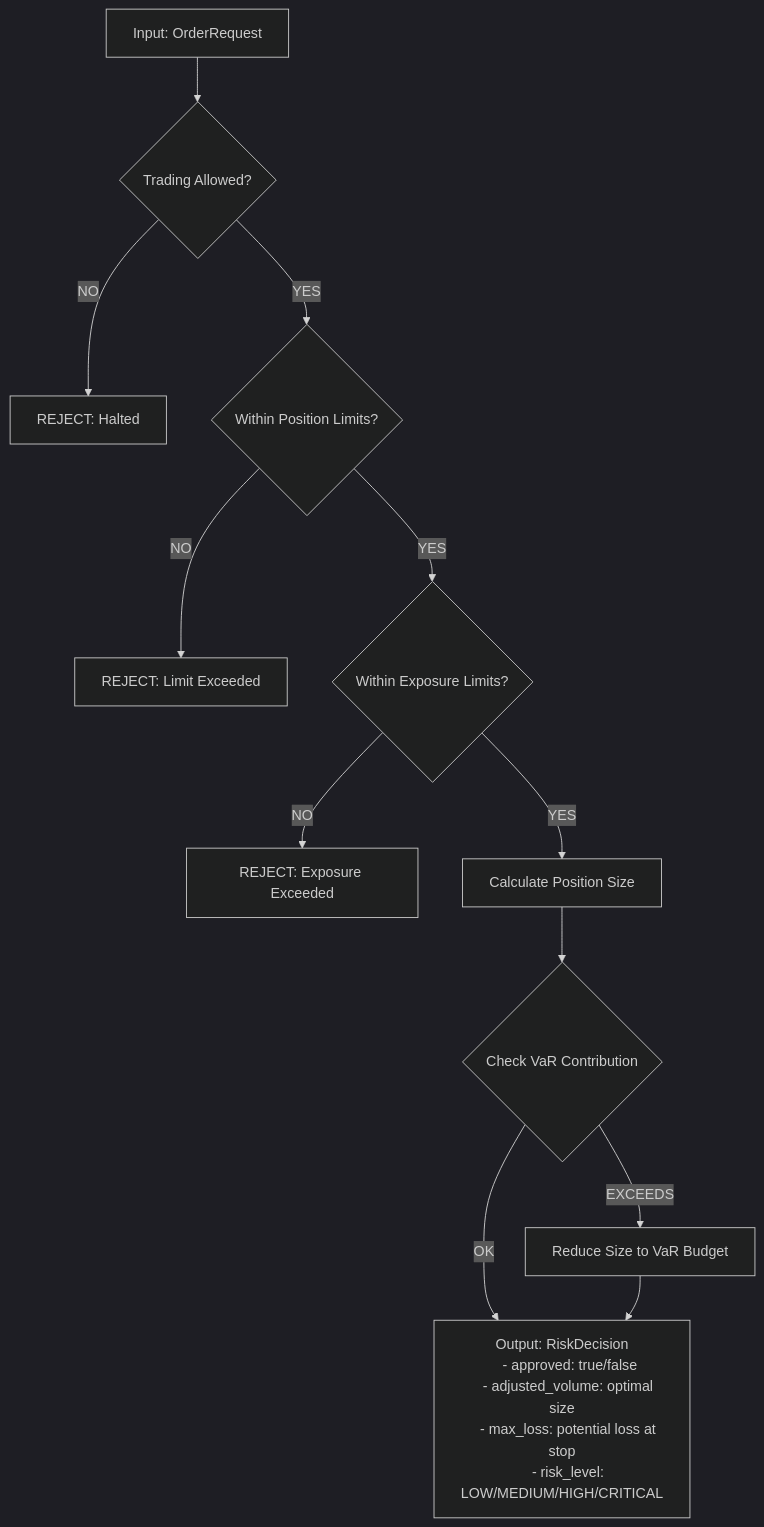
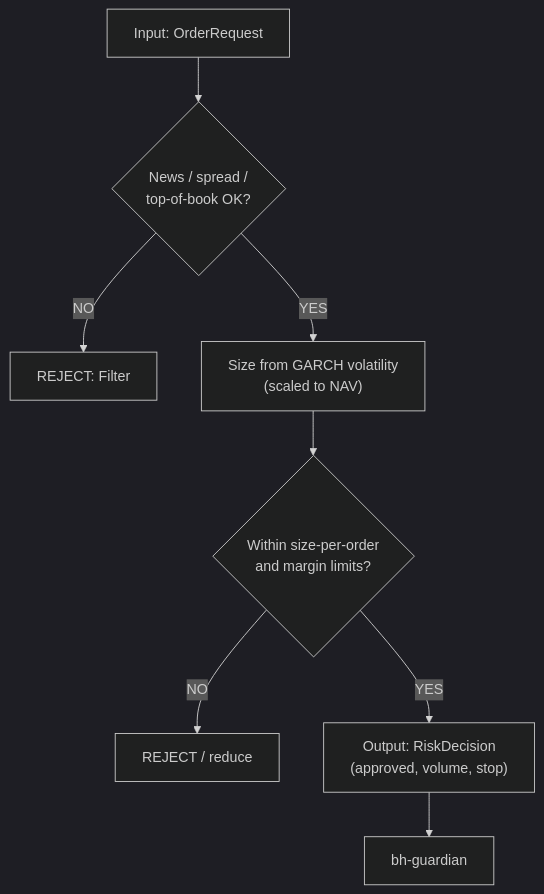
The second of 3 diagrams in docs/repositories/bh-risk.md (blackholefund/external_docs), drawn with Mermaid (dark theme) before and after one commit. The commit also changed other lines of this file and 17 other files, not shown here.

````diff
--- a/docs/repositories/bh-risk.md
+++ b/docs/repositories/bh-risk.md
@@ -197,20 +60,10 @@
 ```mermaid
 flowchart TD
-    Input["Input: OrderRequest"] --> TradingCheck{"Trading Allowed?"}
-    TradingCheck -->|NO| RejectHalted["REJECT: Halted"]
-    TradingCheck -->|YES| PositionCheck{"Within Position Limits?"}
-    PositionCheck -->|NO| RejectLimit["REJECT: Limit Exceeded"]
-    PositionCheck -->|YES| ExposureCheck{"Within Exposure Limits?"}
-    ExposureCheck -->|NO| RejectExposure["REJECT: Exposure Exceeded"]
-    ExposureCheck -->|YES| CalcSize["Calculate Position Size"]
-    CalcSize --> VaRCheck{"Check VaR Contribution"}
-    VaRCheck -->|EXCEEDS| ReduceSize["Reduce Size to VaR Budget"]
-    VaRCheck -->|OK| Output
-    ReduceSize --> Output
-
-    Output["Output: RiskDecision
-    - approved: true/false
-    - adjusted_volume: optimal size
-    - max_loss: potential loss at stop
-    - risk_level: LOW/MEDIUM/HIGH/CRITICAL"]
+    Input["Input: OrderRequest"] --> Filters{"News / spread /\ntop-of-book OK?"}
+    Filters -->|NO| RejectFilter["REJECT: Filter"]
+    Filters -->|YES| Size["Size from GARCH volatility\n(scaled to NAV)"]
+    Size --> Limits{"Within size-per-order\nand margin limits?"}
+    Limits -->|NO| RejectLimit["REJECT / reduce"]
+    Limits -->|YES| Output["Output: RiskDecision\n(approved, volume, stop)"]
+    Output --> Guardian["bh-guardian"]
 ```
````
